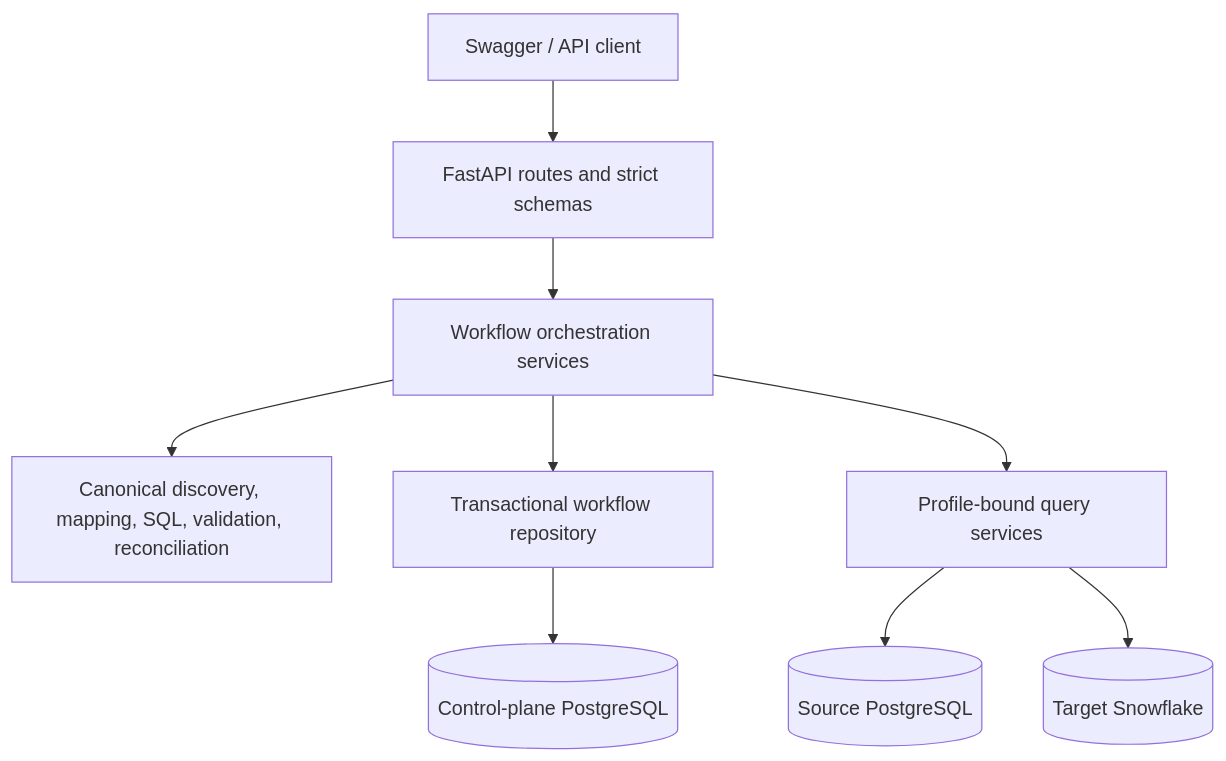
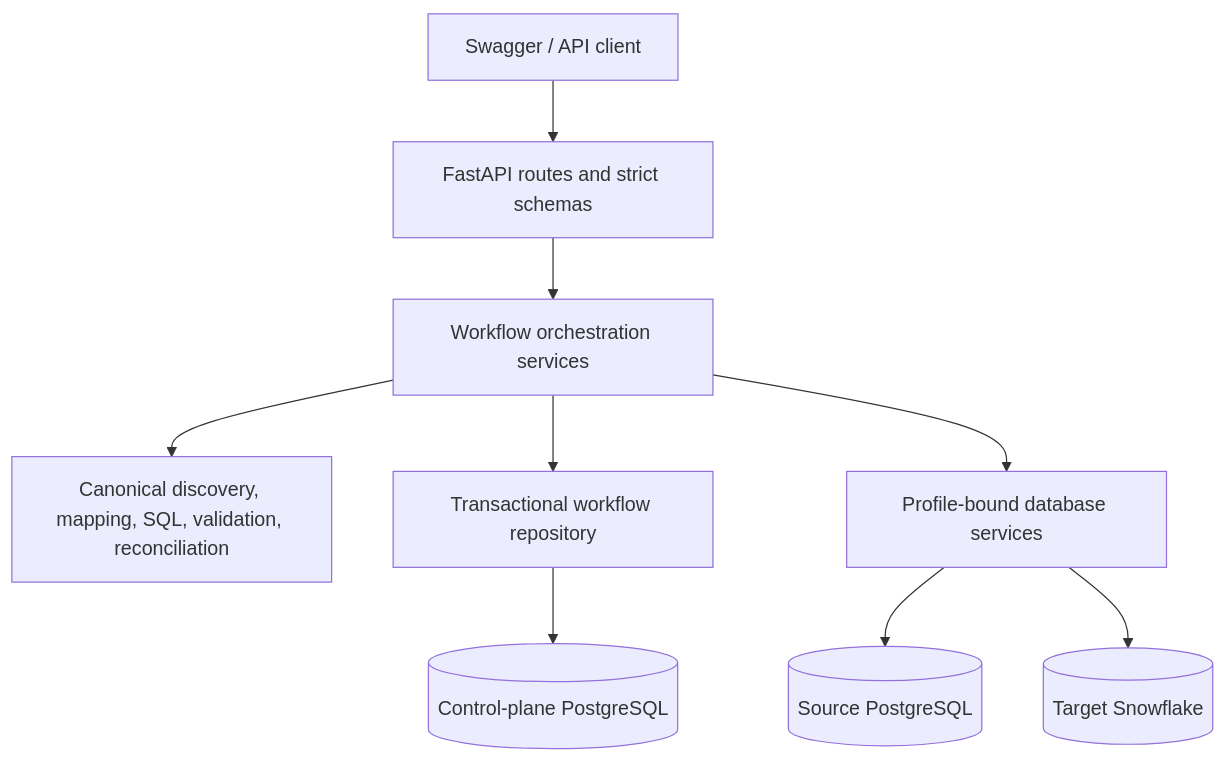
One commit to ruhannaik0120/schemabridge changed the second of 2 diagrams in README.md. Above: the diagram before and after it, drawn with Mermaid. The commit also changed other lines of this file and 65 other files, not shown here.

````diff
--- a/README.md
+++ b/README.md
@@ -28,11 +28,11 @@
 ```mermaid
 flowchart TB
     Client["Swagger / API client"] --> API["FastAPI routes and strict schemas"]
     API --> ORCH["Workflow orchestration services"]
     ORCH --> DOMAIN["Canonical discovery, mapping, SQL, validation, reconciliation"]
     ORCH --> REPO["Transactional workflow repository"]
     REPO --> CP[("Control-plane PostgreSQL")]
-    ORCH --> QS["Profile-bound query services"]
-    QS --> PG[("Source PostgreSQL")]
-    QS --> SF[("Target Snowflake")]
+    ORCH --> DB["Profile-bound database services"]
+    DB --> PG[("Source PostgreSQL")]
+    DB --> SF[("Target Snowflake")]
 ```
````
